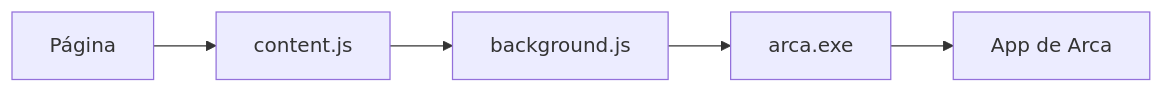
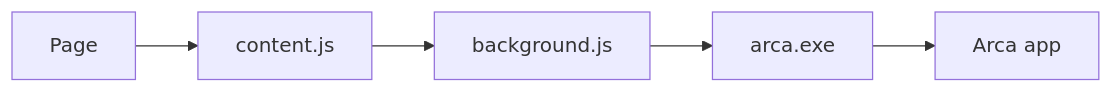
Before and after one commit to gbaldessari/arca-extension: the diagram in README.md, drawn with Mermaid. The commit also changed other lines of this file and 3 other files, not shown here.

````diff
--- a/README.md
+++ b/README.md
@@ -29,7 +29,7 @@
 ```mermaid
 flowchart LR
-  Pagina[Página] --> Content[content.js]
-  Content --> Fondo[background.js]
-  Fondo --> Host[arca.exe]
-  Host --> App[App de Arca]
+  Page[Page] --> Content[content.js]
+  Content --> Background[background.js]
+  Background --> Host[arca.exe]
+  Host --> App[Arca app]
 ```
````
